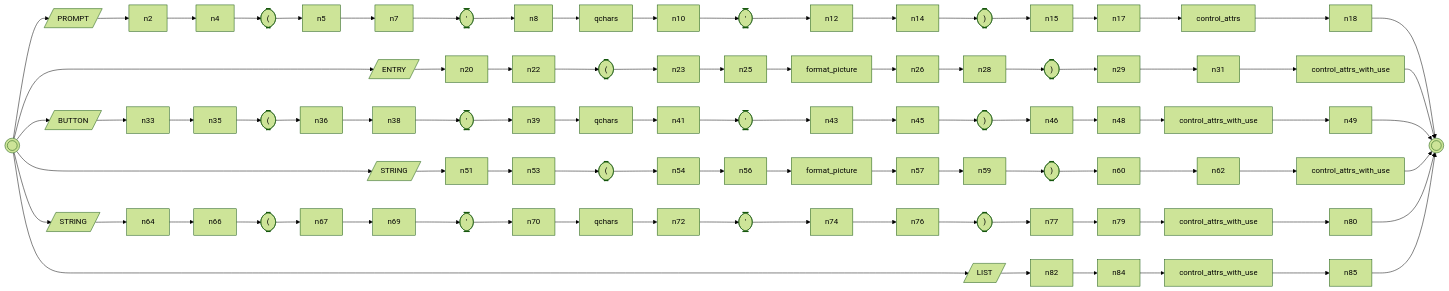
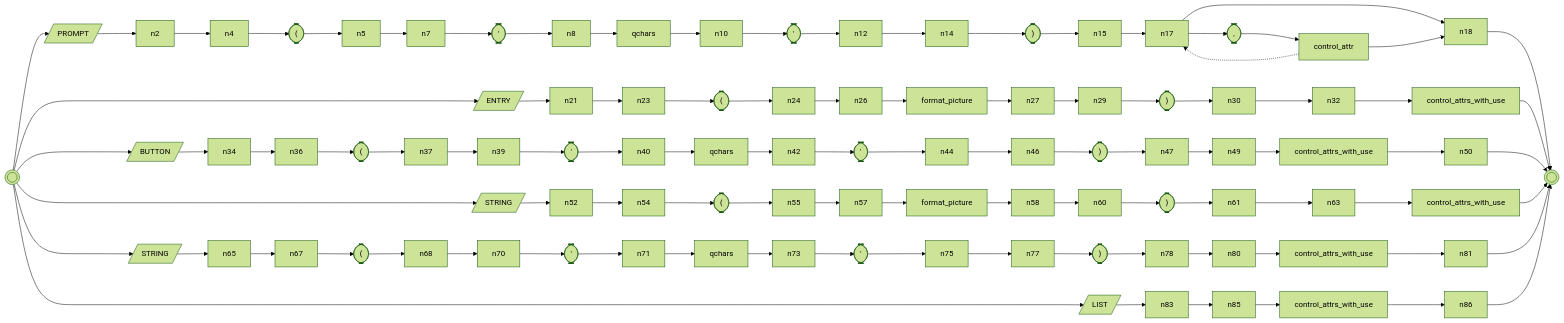
One commit to dg1an3/ALGT changed the first of 12 diagrams in clarion_simulators/unified/clarion_railroad.md. Above: the diagram before and after it, drawn with Mermaid (forest theme). The commit also changed other lines of this file and 2 other files, not shown here.

Commit message:
feat: Enhance Mermaid diagram generation with star, comma_list, and comma_attrs support

````diff
--- a/clarion_simulators/unified/clarion_railroad.md
+++ b/clarion_simulators/unified/clarion_railroad.md
@@ -11,92 +11,95 @@
     n11["qchars"]
     n13(["'"])
     n16([")"])
-    n19["control_attrs"]
-    n21[/"ENTRY"/]
-    n24(["("])
-    n27["format_picture"]
-    n30([")"])
-    n32["control_attrs_with_use"]
-    n34[/"BUTTON"/]
-    n37(["("])
+    n19([","])
+    n20["control_attr"]
+    n22[/"ENTRY"/]
+    n25(["("])
+    n28["format_picture"]
+    n31([")"])
+    n33["control_attrs_with_use"]
+    n35[/"BUTTON"/]
+    n38(["("])
     n3[/"PROMPT"/]
-    n40(["'"])
-    n42["qchars"]
-    n44(["'"])
-    n47([")"])
-    n50["control_attrs_with_use"]
-    n52[/"STRING"/]
-    n55(["("])
-    n58["format_picture"]
+    n41(["'"])
+    n43["qchars"]
+    n45(["'"])
+    n48([")"])
+    n51["control_attrs_with_use"]
+    n53[/"STRING"/]
+    n56(["("])
+    n59["format_picture"]
     n6(["("])
-    n61([")"])
-    n63["control_attrs_with_use"]
-    n65[/"STRING"/]
-    n68(["("])
-    n71(["'"])
-    n73["qchars"]
-    n75(["'"])
-    n78([")"])
-    n81["control_attrs_with_use"]
-    n83[/"LIST"/]
-    n86["control_attrs_with_use"]
+    n62([")"])
+    n64["control_attrs_with_use"]
+    n66[/"STRING"/]
+    n69(["("])
+    n72(["'"])
+    n74["qchars"]
+    n76(["'"])
+    n79([")"])
+    n82["control_attrs_with_use"]
+    n84[/"LIST"/]
+    n87["control_attrs_with_use"]
     n9(["'"])
-    n0 --> n21 --> n20
+    n0 --> n22 --> n21
     n0 --> n3 --> n2
-    n0 --> n34 --> n33
-    n0 --> n52 --> n51
-    n0 --> n65 --> n64
-    n0 --> n83 --> n82
+    n0 --> n35 --> n34
+    n0 --> n53 --> n52
+    n0 --> n66 --> n65
+    n0 --> n84 --> n83
     n10 --> n13 --> n12
     n12 --> n14
     n14 --> n16 --> n15
     n15 --> n17
-    n17 --> n19 --> n18
+    n17 --> n18
+    n17 --> n19 --> n20 --> n18
     n18 --> n1
     n2 --> n4
-    n20 --> n22
-    n22 --> n24 --> n23
-    n23 --> n25
-    n25 --> n27 --> n26
-    n26 --> n28
-    n28 --> n30 --> n29
-    n29 --> n31
-    n31 --> n32 --> n1
-    n33 --> n35
-    n35 --> n37 --> n36
-    n36 --> n38
-    n38 --> n40 --> n39
-    n39 --> n42 --> n41
+    n20 -.-> n17
+    n21 --> n23
+    n23 --> n25 --> n24
+    n24 --> n26
+    n26 --> n28 --> n27
+    n27 --> n29
+    n29 --> n31 --> n30
+    n30 --> n32
+    n32 --> n33 --> n1
+    n34 --> n36
+    n36 --> n38 --> n37
+    n37 --> n39
+    n39 --> n41 --> n40
     n4 --> n6 --> n5
-    n41 --> n44 --> n43
-    n43 --> n45
-    n45 --> n47 --> n46
-    n46 --> n48
-    n48 --> n50 --> n49
-    n49 --> n1
+    n40 --> n43 --> n42
+    n42 --> n45 --> n44
+    n44 --> n46
+    n46 --> n48 --> n47
+    n47 --> n49
+    n49 --> n51 --> n50
     n5 --> n7
-    n51 --> n53
-    n53 --> n55 --> n54
-    n54 --> n56
-    n56 --> n58 --> n57
-    n57 --> n59
-    n59 --> n61 --> n60
-    n60 --> n62
-    n62 --> n63 --> n1
-    n64 --> n66
-    n66 --> n68 --> n67
-    n67 --> n69
-    n69 --> n71 --> n70
+    n50 --> n1
+    n52 --> n54
+    n54 --> n56 --> n55
+    n55 --> n57
+    n57 --> n59 --> n58
+    n58 --> n60
+    n60 --> n62 --> n61
+    n61 --> n63
+    n63 --> n64 --> n1
+    n65 --> n67
+    n67 --> n69 --> n68
+    n68 --> n70
     n7 --> n9 --> n8
-    n70 --> n73 --> n72
-    n72 --> n75 --> n74
-    n74 --> n76
-    n76 --> n78 --> n77
-    n77 --> n79
-    n79 --> n81 --> n80
+    n70 --> n72 --> n71
+    n71 --> n74 --> n73
+    n73 --> n76 --> n75
+    n75 --> n77
+    n77 --> n79 --> n78
+    n78 --> n80
     n8 --> n11 --> n10
-    n80 --> n1
-    n82 --> n84
-    n84 --> n86 --> n85
-    n85 --> n1
+    n80 --> n82 --> n81
+    n81 --> n1
+    n83 --> n85
+    n85 --> n87 --> n86
+    n86 --> n1
 ```
````
